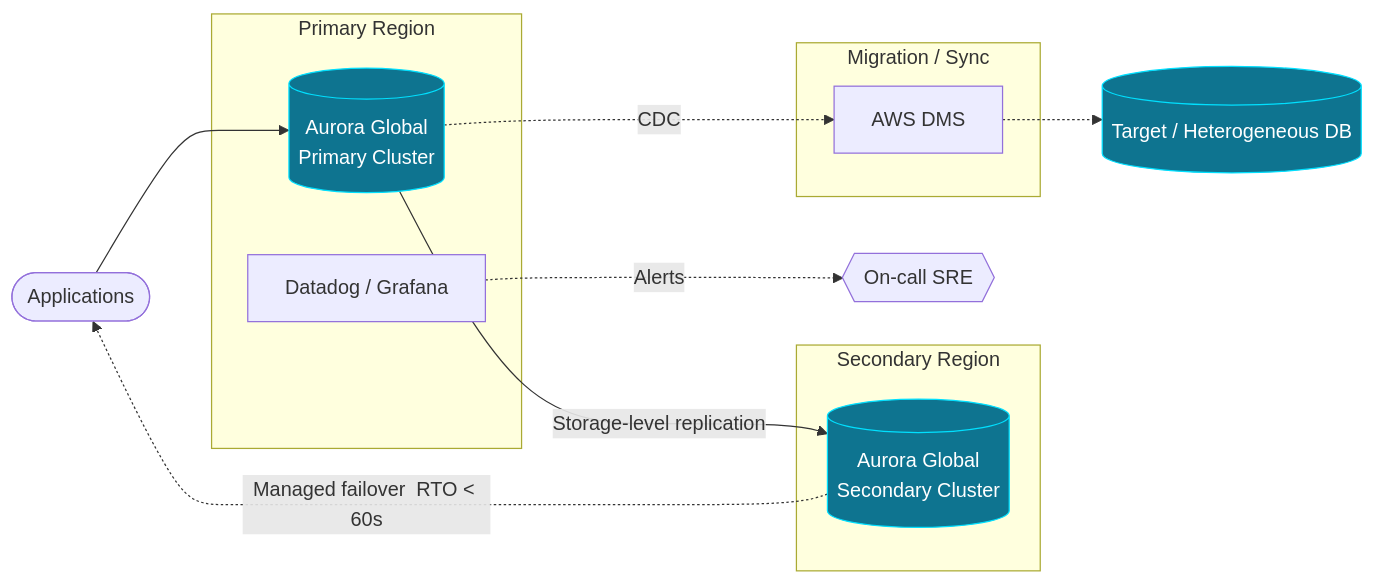
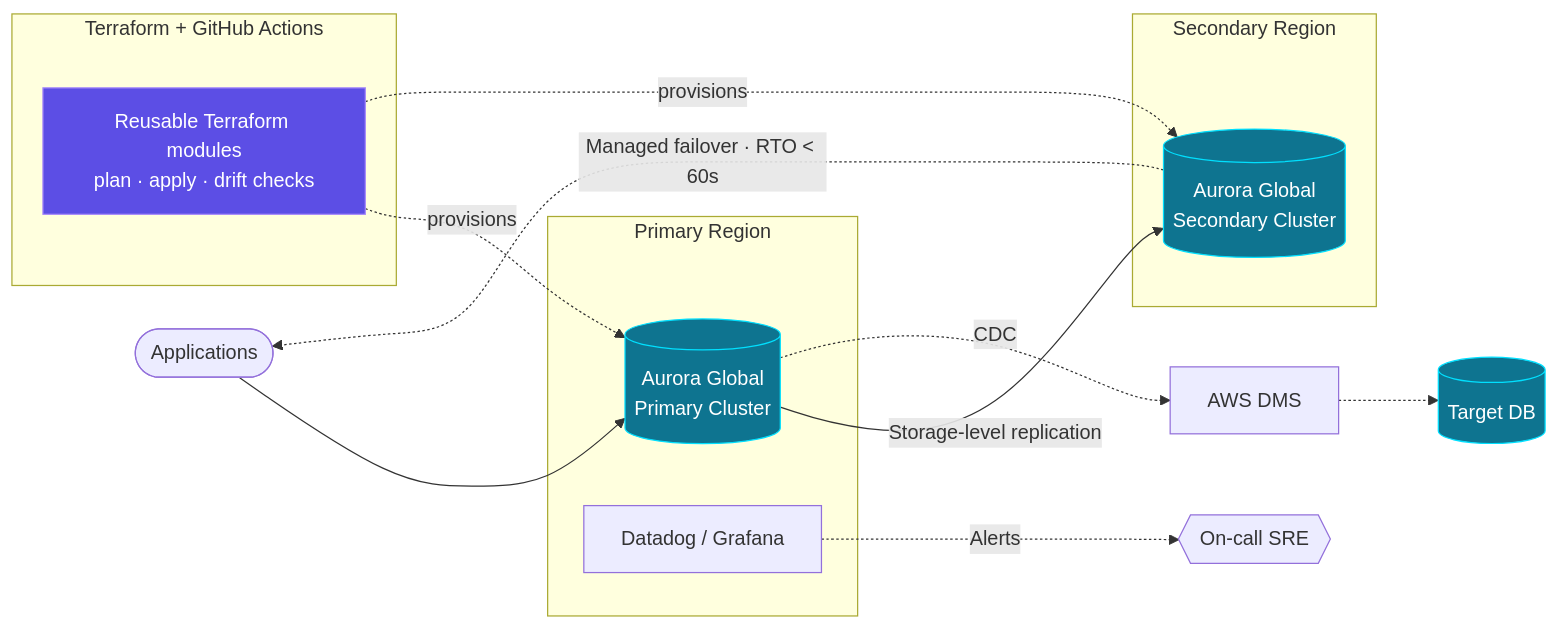
Before and after one commit to dhmodh/dhmodh: the second of 2 diagrams in README.md, drawn with Mermaid. The commit also changed other lines of this file, not shown here.

````diff
--- a/README.md
+++ b/README.md
@@ -86,26 +113,29 @@
 ```mermaid
 flowchart LR
     APP([Applications]) --> P
+
+    subgraph IaC["Terraform + GitHub Actions"]
+        TF[Reusable Terraform modules<br/>plan · apply · drift checks]
+    end
 
     subgraph R1["Primary Region"]
         P[(Aurora Global<br/>Primary Cluster)]
         PM[Datadog / Grafana]
     end
 
     subgraph R2["Secondary Region"]
         S[(Aurora Global<br/>Secondary Cluster)]
     end
 
-    subgraph R3["Migration / Sync"]
-        DMS[AWS DMS]
-    end
-
+    TF -. provisions .-> P
+    TF -. provisions .-> S
     P -- "Storage-level replication" --> S
-    P -. "CDC" .-> DMS
-    DMS -.-> X[(Target / Heterogeneous DB)]
+    P -. "CDC" .-> DMS[AWS DMS] -.-> X[(Target DB)]
     PM -. "Alerts" .-> ONCALL{{On-call SRE}}
-    S -. "Managed failover  RTO < 60s" .-> APP
+    S -. "Managed failover · RTO < 60s" .-> APP
 
     classDef db fill:#0e7490,stroke:#00E0FF,color:#fff;
+    classDef iac fill:#5c4ee5,stroke:#a78bfa,color:#fff;
     class P,S,X db;
+    class TF iac;
 ```
````
